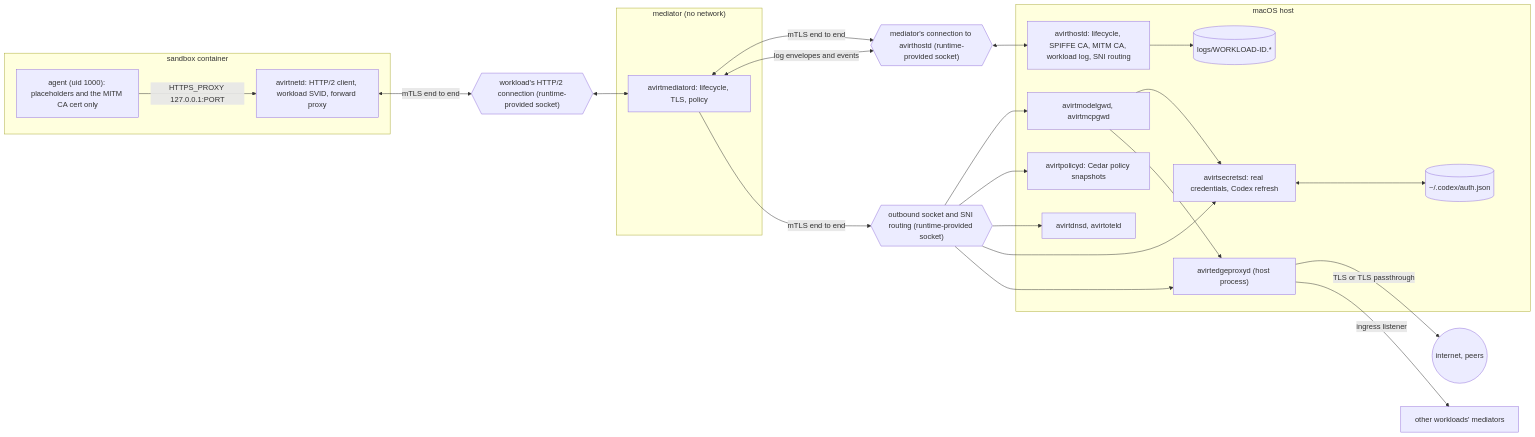
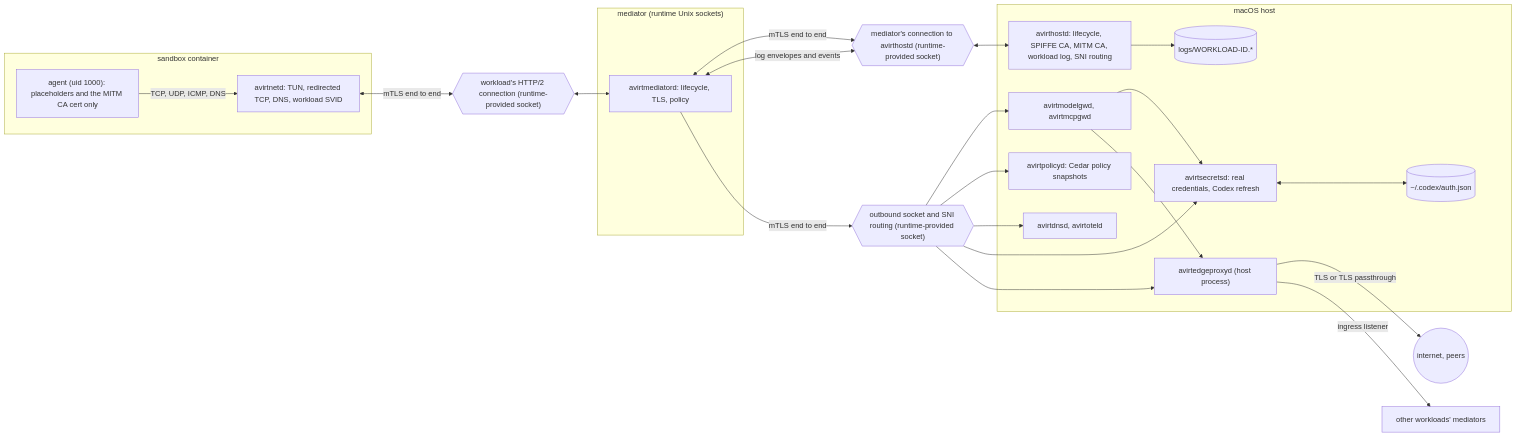
Before and after one commit to tbhb-dev/avirt: the diagram in docs/architecture.md, drawn with Mermaid. The commit also changed other lines of this file and 33 other files, not shown here.

````diff
--- a/docs/architecture.md
+++ b/docs/architecture.md
@@ -71,41 +41,41 @@
 ```mermaid
 flowchart LR
     subgraph host["macOS host"]
         hostd["avirthostd: lifecycle, SPIFFE CA, MITM CA, workload log, SNI routing"]
         secrets["avirtsecretsd: real credentials, Codex refresh"]
         policy["avirtpolicyd: Cedar policy snapshots"]
         svc["avirtdnsd, avirtoteld"]
         gw["avirtmodelgwd, avirtmcpgwd"]
         logs[("logs/WORKLOAD-ID.*")]
         hostauth[("~/.codex/auth.json")]
         hostd --> logs
         secrets <--> hostauth
         fd["avirtedgeproxyd (host process)"]
         gw --> secrets
     end
     gw --> fd
-    subgraph medvm["mediator (no network)"]
+    subgraph medvm["mediator (runtime Unix sockets)"]
         me["avirtmediatord: lifecycle, TLS, policy"]
     end
     subgraph wl["sandbox container"]
-        net["avirtnetd: HTTP/2 client, workload SVID, forward proxy"]
+        net["avirtnetd: TUN, redirected TCP, DNS, workload SVID"]
         agent["agent (uid 1000): placeholders and the MITM CA cert only"]
-        agent -->|"HTTPS_PROXY 127.0.0.1:PORT"| net
+        agent -->|"TCP, UDP, ICMP, DNS"| net
     end
     wconn{{"workload's HTTP/2 connection (runtime-provided socket)"}}
     hchan{{"mediator's connection to avirthostd (runtime-provided socket)"}}
     schan{{"outbound socket and SNI routing (runtime-provided socket)"}}
     net <-->|"mTLS end to end"| wconn
     wconn <--> me
     me <-->|"mTLS end to end"| hchan
     hchan <--> hostd
     me <-->|"log envelopes and events"| hchan
     me -->|"mTLS end to end"| schan
     schan --> gw
     schan --> policy
     schan --> svc
     schan --> secrets
     schan --> fd
     fd -->|"TLS or TLS passthrough"| upstream(("internet, peers"))
     fd -->|"ingress listener"| other["other workloads' mediators"]
 ```
````
